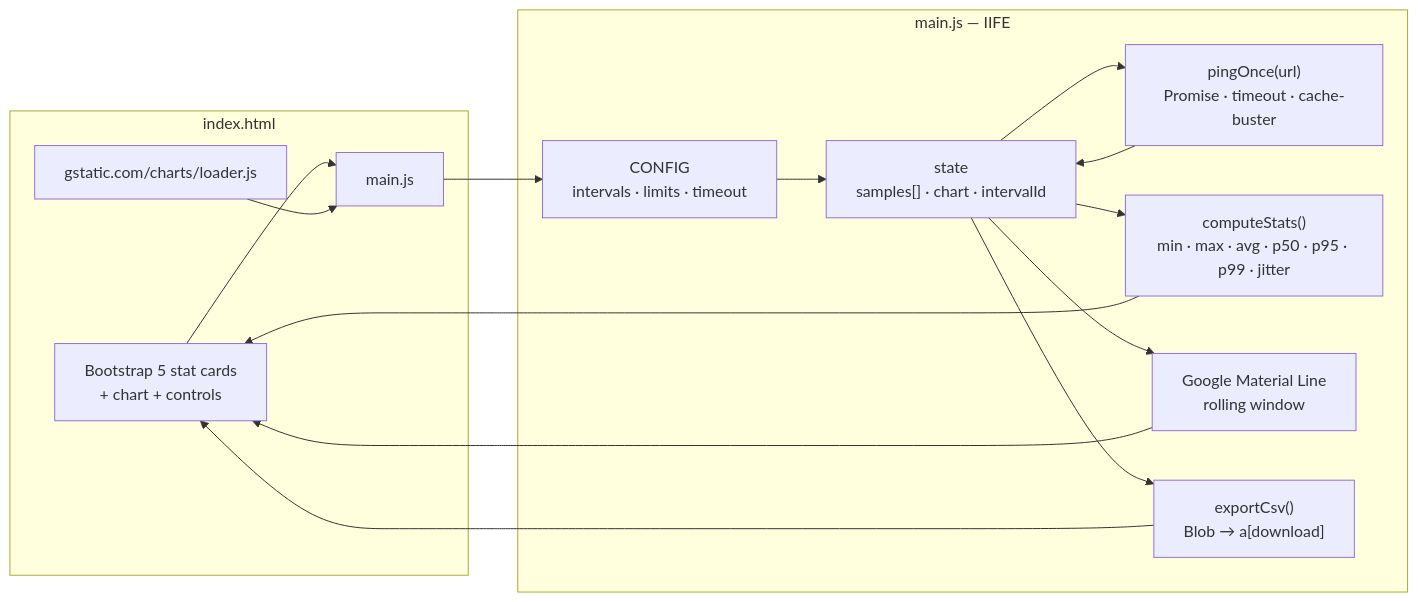
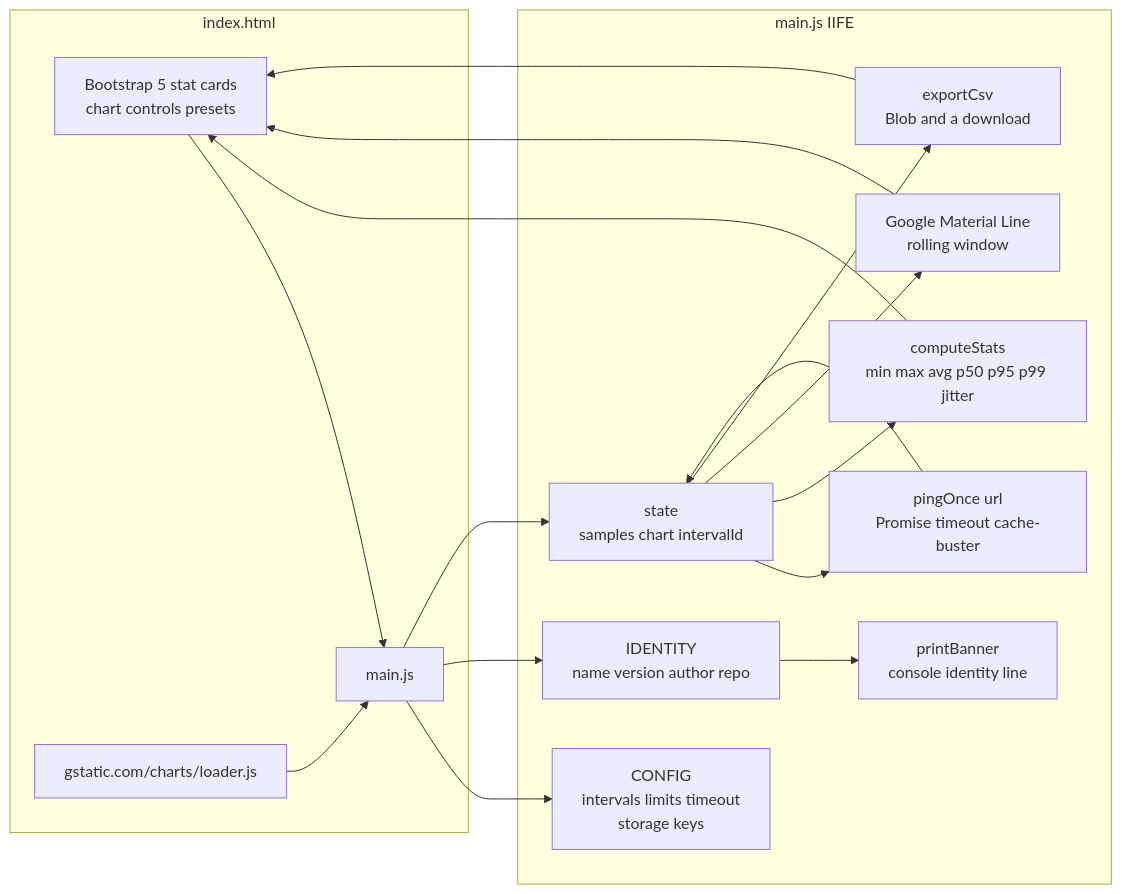
One commit to DoTMob/IP_ping_2st_defi_v1 changed the second of 2 diagrams in README.md. Above: the diagram before and after it, drawn with Mermaid. The commit also changed other lines of this file, not shown here.

````diff
--- a/README.md
+++ b/README.md
@@ -129,25 +193,34 @@
 ```mermaid
 flowchart LR
     subgraph Page["index.html"]
-        UI["Bootstrap 5 stat cards<br/>+ chart + controls"]
+        UI["Bootstrap 5 stat cards<br/>chart controls presets"]
         LD["gstatic.com/charts/loader.js"]
         MJ["main.js"]
     end
 
-    subgraph State["main.js — IIFE"]
-        CFG["CONFIG<br/>intervals · limits · timeout"]
-        SM["state<br/>samples[] · chart · intervalId"]
-        PING["pingOnce(url)<br/>Promise · timeout · cache-buster"]
-        STAT["computeStats()<br/>min · max · avg · p50 · p95 · p99 · jitter"]
+    subgraph State["main.js IIFE"]
+        CFG["CONFIG<br/>intervals limits timeout<br/>storage keys"]
+        ID["IDENTITY<br/>name version author repo"]
+        SM["state<br/>samples chart intervalId"]
+        PING["pingOnce url<br/>Promise timeout cache-buster"]
+        STAT["computeStats<br/>min max avg p50 p95 p99 jitter"]
         CHART["Google Material Line<br/>rolling window"]
-        CSV["exportCsv()<br/>Blob → a[download]"]
+        CSV["exportCsv<br/>Blob and a download"]
+        BAN["printBanner<br/>console identity line"]
     end
 
     UI --> MJ
     LD --> MJ
-    MJ --> CFG --> SM
-    SM --> PING --> SM
-    SM --> STAT --> UI
-    SM --> CHART --> UI
-    SM --> CSV --> UI
+    MJ --> CFG
+    MJ --> ID
+    MJ --> SM
+    SM --> PING
+    PING --> SM
+    SM --> STAT
+    STAT --> UI
+    SM --> CHART
+    CHART --> UI
+    SM --> CSV
+    CSV --> UI
+    ID --> BAN
 ```
````
